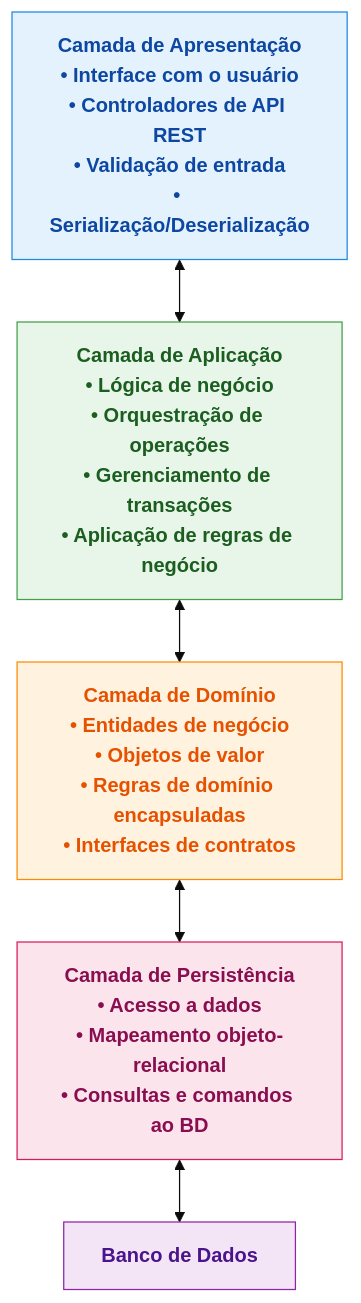
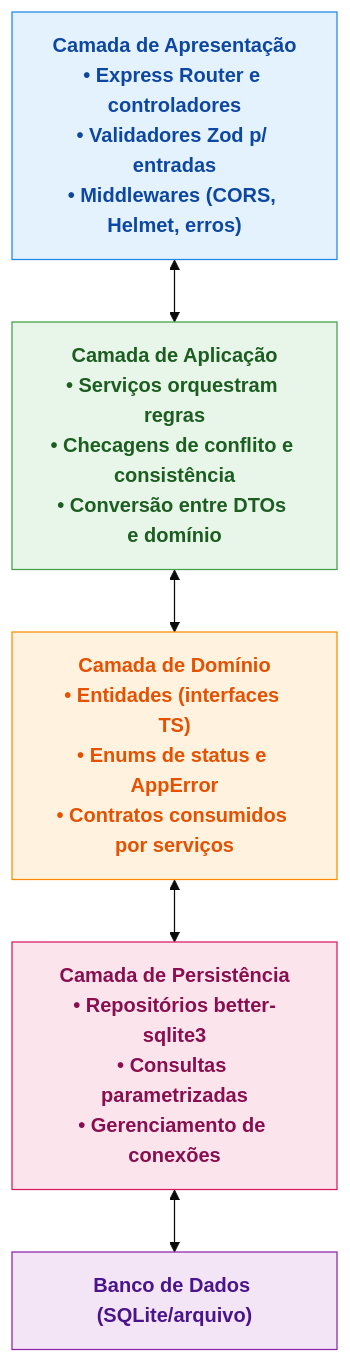
One commit to Ribapax/desSoft2502 changed the diagram in uml/diagrama-estrutura-proposta.mmd. Above: the diagram before and after it, drawn with Mermaid (base theme). The commit also changed 3 other files, not shown here.

Commit message:
docs: update architectural documentation and UML diagrams to reflect current implementation details

```diff
--- a/uml/diagrama-estrutura-proposta.mmd
+++ b/uml/diagrama-estrutura-proposta.mmd
@@ -1,23 +1,29 @@
 graph TD
-    A["Camada de Apresentação<br/>• Interface com o usuário<br/>• Controladores de API REST<br/>• Validação de entrada<br/>• Serialização/Deserialização"]
-    B["Camada de Aplicação<br/>• Lógica de negócio<br/>• Orquestração de operações<br/>• Gerenciamento de transações<br/>• Aplicação de regras de negócio"]
-    C["Camada de Domínio<br/>• Entidades de negócio<br/>• Objetos de valor<br/>• Regras de domínio encapsuladas<br/>• Interfaces de contratos"]
-    D["Camada de Persistência<br/>• Acesso a dados<br/>• Mapeamento objeto-relacional<br/>• Consultas e comandos ao BD"]
-    E["Banco de Dados"]
+    A["Camada de Apresentação<br/>• Express Router e controladores<br/>• Validadores Zod p/ entradas<br/>• Middlewares (CORS, Helmet, erros)"]
+    B["Camada de Aplicação<br/>• Serviços orquestram regras
+• Checagens de conflito e consistência
+• Conversão entre DTOs e domínio"]
+    C["Camada de Domínio<br/>• Entidades (interfaces TS)
+• Enums de status e AppError
+• Contratos consumidos por serviços"]
+    D["Camada de Persistência<br/>• Repositórios better-sqlite3
+• Consultas parametrizadas
+• Gerenciamento de conexões"]
+    E["Banco de Dados (SQLite/arquivo)"]
 
     A <--> B
     B <--> C
     C <--> D
     D <--> E
 
     classDef camada fill:#E3F2FD,stroke:#1E88E5,stroke-width:1px,color:#0D47A1,font-weight:bold
     classDef camadaInterna fill:#E8F5E9,stroke:#43A047,stroke-width:1px,color:#1B5E20,font-weight:bold
     classDef camadaDominio fill:#FFF3E0,stroke:#FB8C00,stroke-width:1px,color:#E65100,font-weight:bold
     classDef camadaPersistencia fill:#FCE4EC,stroke:#D81B60,stroke-width:1px,color:#880E4F,font-weight:bold
     classDef banco fill:#F3E5F5,stroke:#8E24AA,stroke-width:1px,color:#4A148C,font-weight:bold
 
     class A camada
     class B camadaInterna
     class C camadaDominio
     class D camadaPersistencia
     class E banco
```
